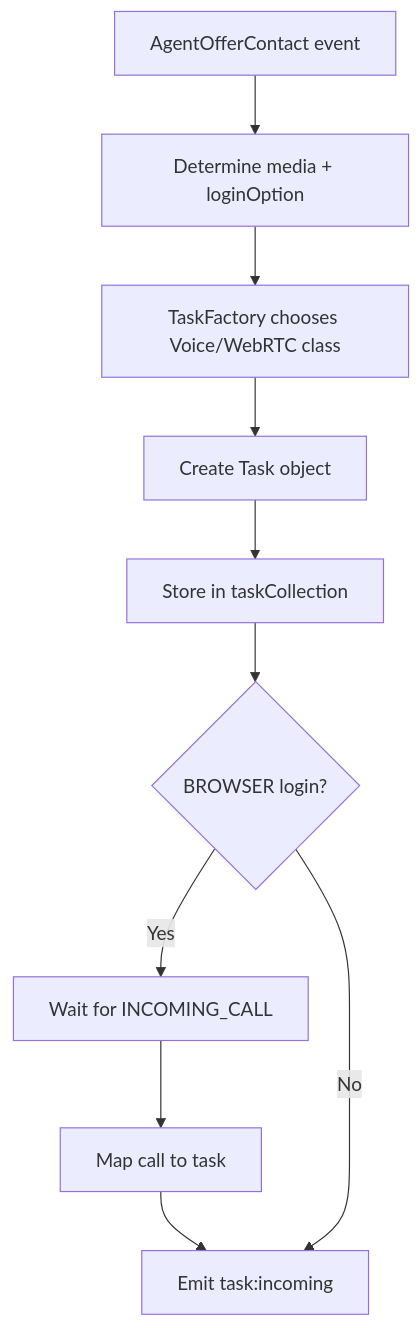
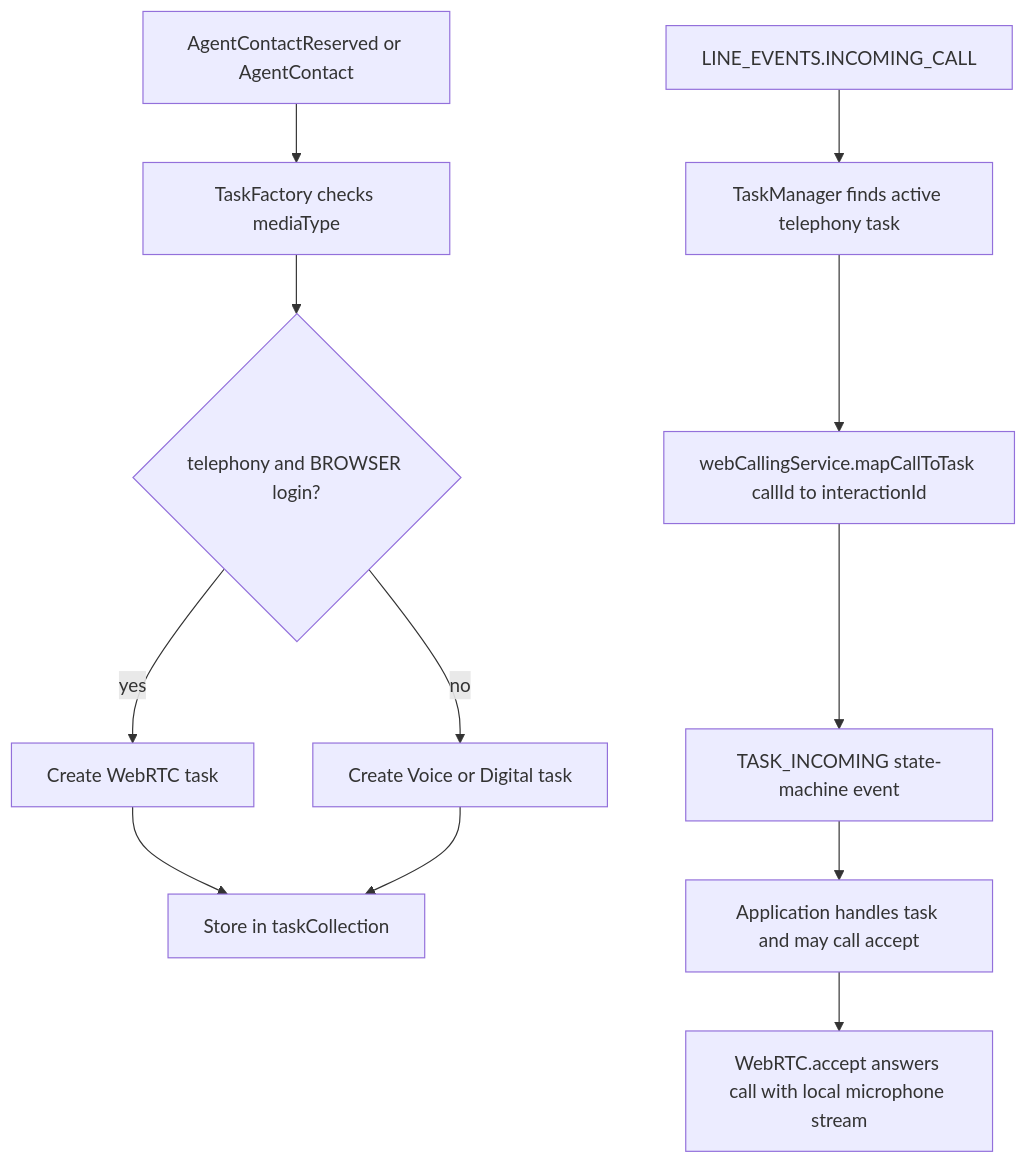
Before and after one commit to webex/webex-js-sdk: the seventh of 7 diagrams in packages/@webex/contact-center/src/services/task/ai-docs/ARCHITECTURE.md, drawn with Mermaid. The commit also changed other lines of this file and 39 other files, not shown here.

````diff
--- a/packages/@webex/contact-center/src/services/task/ai-docs/ARCHITECTURE.md
+++ b/packages/@webex/contact-center/src/services/task/ai-docs/ARCHITECTURE.md
@@ -421,12 +406,14 @@
 ```mermaid
 flowchart TD
-    A[AgentOfferContact event] --> B[Determine media + loginOption]
-    B --> C[TaskFactory chooses Voice/WebRTC class]
-    C --> D[Create Task object]
-    D --> E[Store in taskCollection]
-    E --> F{BROWSER login?}
-    F -->|Yes| G[Wait for INCOMING_CALL]
-    G --> H[Map call to task]
-    H --> I[Emit task:incoming]
-    F -->|No| I
+    A[AgentContactReserved or AgentContact] --> B[TaskFactory checks mediaType]
+    B --> C{telephony and BROWSER login?}
+    C -->|yes| D[Create WebRTC task]
+    C -->|no| E[Create Voice or Digital task]
+    D --> F[Store in taskCollection]
+    E --> F
+    G[LINE_EVENTS.INCOMING_CALL] --> H[TaskManager finds active telephony task]
+    H --> I[webCallingService.mapCallToTask callId to interactionId]
+    I --> J[TASK_INCOMING state-machine event]
+    J --> K[Application handles task and may call accept]
+    K --> L[WebRTC.accept answers call with local microphone stream]
 ```
````
